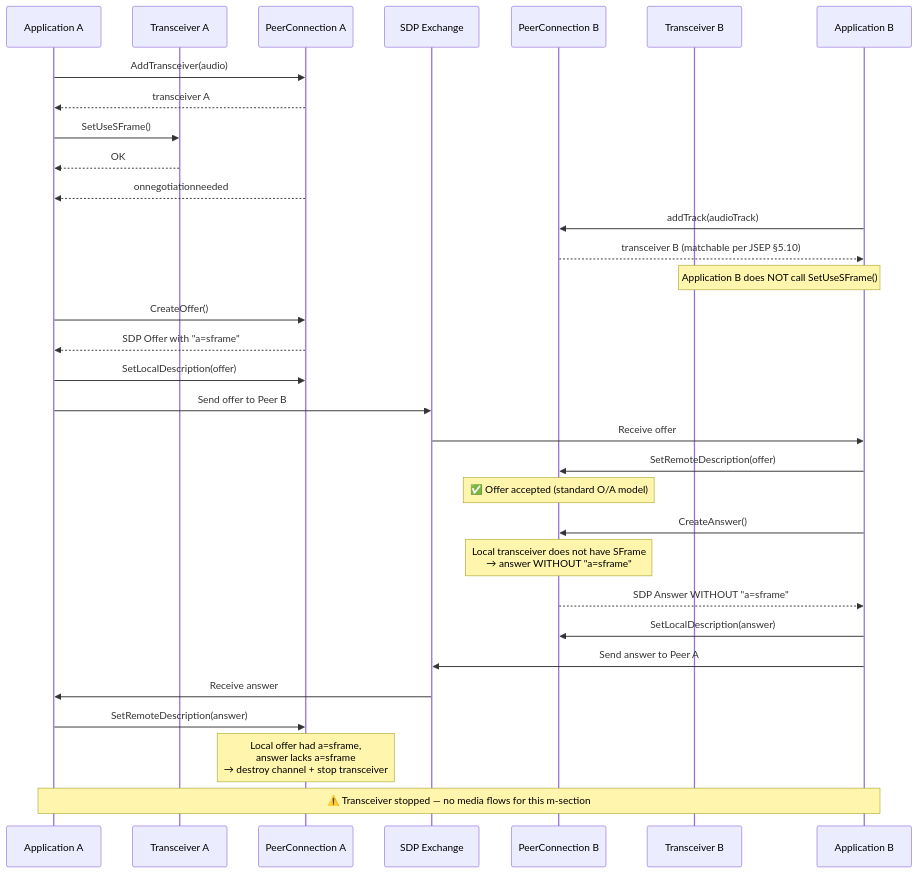
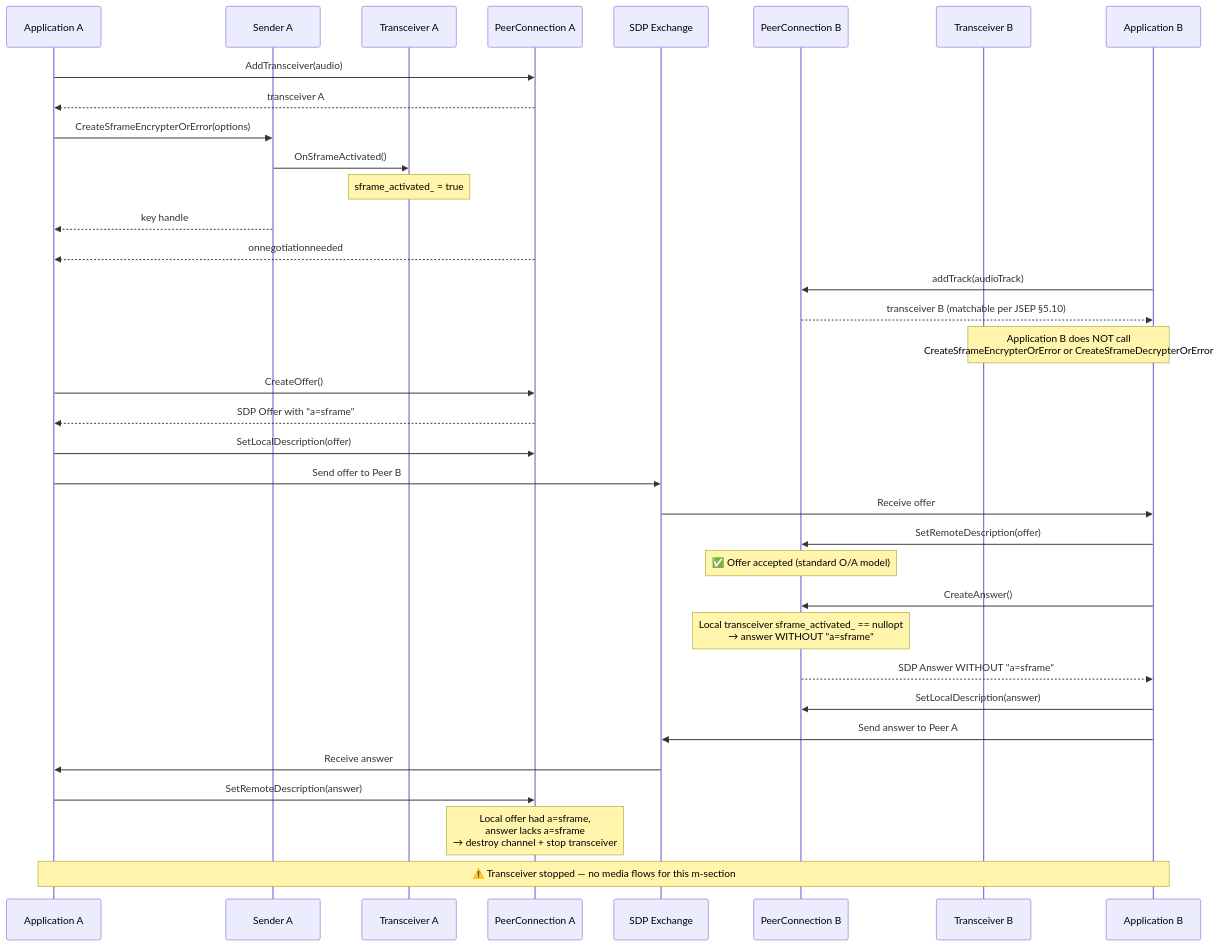
Before and after one commit to webex/webrtc-sframe: the second of 6 diagrams in negotiation.md, drawn with Mermaid. The commit also changed other lines of this file and 1 other file, not shown here.

````diff
--- a/negotiation.md
+++ b/negotiation.md
@@ -140,43 +151,47 @@
 ```mermaid
 sequenceDiagram
     participant AppA as Application A
+    participant SA as Sender A
     participant TA as Transceiver A
     participant PCA as PeerConnection A
     participant SDP as SDP Exchange
     participant PCB as PeerConnection B
     participant TB as Transceiver B
     participant AppB as Application B
 
     AppA->>PCA: AddTransceiver(audio)
     PCA-->>AppA: transceiver A
-    AppA->>TA: SetUseSFrame()
-    TA-->>AppA: OK
+
+    AppA->>SA: CreateSframeEncrypterOrError(options)
+    SA->>TA: OnSframeActivated()
+    Note over TA: sframe_activated_ = true
+    SA-->>AppA: key handle
     PCA-->>AppA: onnegotiationneeded
 
     AppB->>PCB: addTrack(audioTrack)
     PCB-->>AppB: transceiver B (matchable per JSEP §5.10)
-    Note over AppB,TB: Application B does NOT call SetUseSFrame()
+    Note over AppB,TB: Application B does NOT call<br/>CreateSframeEncrypterOrError or CreateSframeDecrypterOrError
 
     AppA->>PCA: CreateOffer()
     PCA-->>AppA: SDP Offer with "a=sframe"
 
     AppA->>PCA: SetLocalDescription(offer)
     AppA->>SDP: Send offer to Peer B
 
     SDP->>AppB: Receive offer
     AppB->>PCB: SetRemoteDescription(offer)
     Note over PCB: ✅ Offer accepted (standard O/A model)
 
     AppB->>PCB: CreateAnswer()
-    Note over PCB: Local transceiver does not have SFrame<br/>→ answer WITHOUT "a=sframe"
+    Note over PCB: Local transceiver sframe_activated_ == nullopt<br/>→ answer WITHOUT "a=sframe"
     PCB-->>AppB: SDP Answer WITHOUT "a=sframe"
 
     AppB->>PCB: SetLocalDescription(answer)
     AppB->>SDP: Send answer to Peer A
 
     SDP->>AppA: Receive answer
     AppA->>PCA: SetRemoteDescription(answer)
     Note over PCA: Local offer had a=sframe,<br/>answer lacks a=sframe<br/>→ destroy channel + stop transceiver
 
     Note over AppA,AppB: ⚠️ Transceiver stopped — no media flows for this m-section
 ```
````
